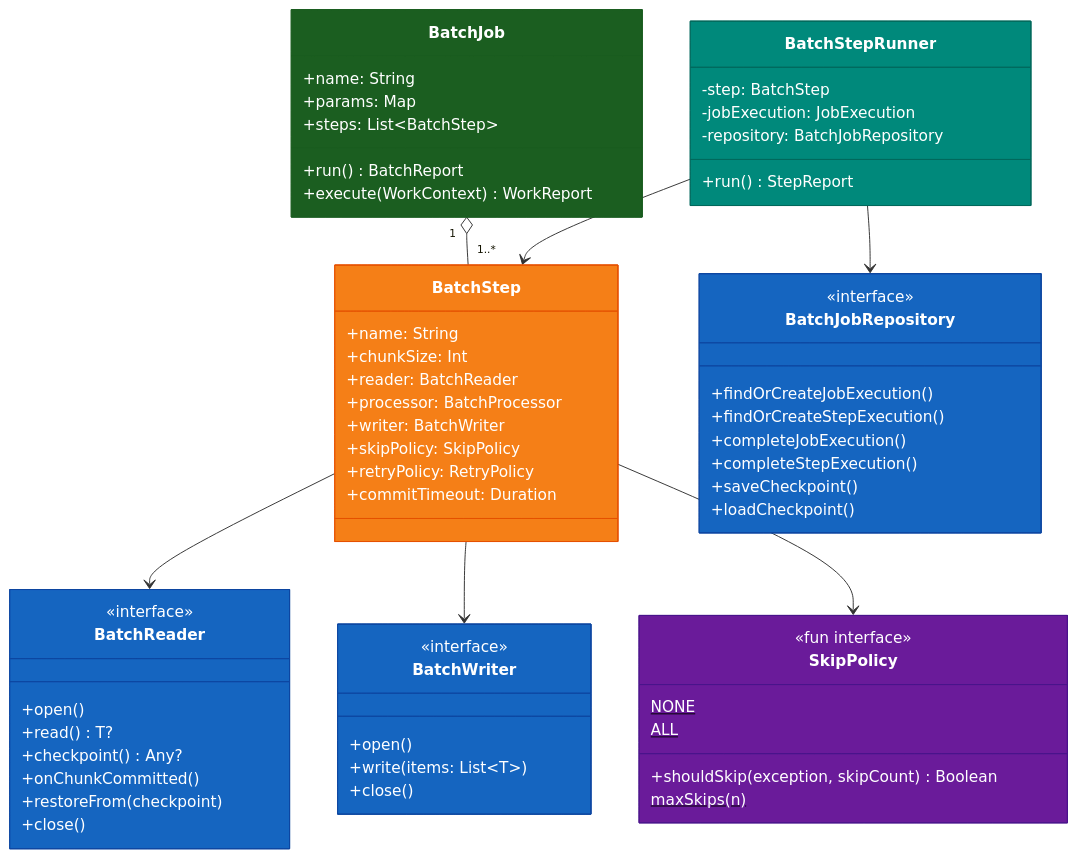
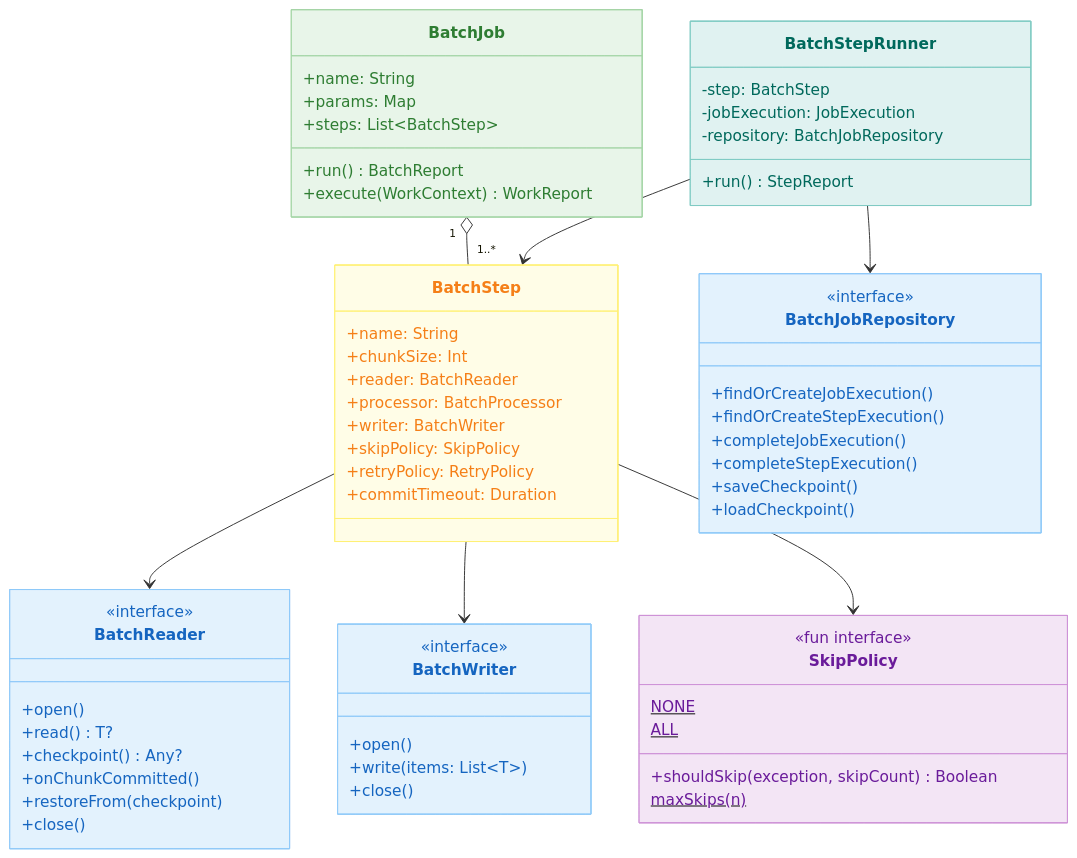
The first of 3 diagrams in utils/batch/README.ko.md (bluetape4k/bluetape4k-projects), drawn with Mermaid before and after one commit. The commit also changed 219 other files, not shown here.

First line of the commit message:
docs: 전체 README Mermaid 다이어그램 가이드 적용

````diff
--- a/utils/batch/README.ko.md
+++ b/utils/batch/README.ko.md
@@ -9,78 +9,78 @@
 ```mermaid
 classDiagram
     class BatchJob {
         +name: String
         +params: Map
         +steps: List~BatchStep~
         +run() BatchReport
         +execute(WorkContext) WorkReport
     }
 
     class BatchStep {
         +name: String
         +chunkSize: Int
         +reader: BatchReader
         +processor: BatchProcessor
         +writer: BatchWriter
         +skipPolicy: SkipPolicy
         +retryPolicy: RetryPolicy
         +commitTimeout: Duration
     }
 
     class BatchStepRunner {
         -step: BatchStep
         -jobExecution: JobExecution
         -repository: BatchJobRepository
         +run() StepReport
     }
 
     class BatchJobRepository {
         <<interface>>
         +findOrCreateJobExecution()
         +findOrCreateStepExecution()
         +completeJobExecution()
         +completeStepExecution()
         +saveCheckpoint()
         +loadCheckpoint()
     }
 
     class BatchReader {
         <<interface>>
         +open()
         +read() T?
         +checkpoint() Any?
         +onChunkCommitted()
         +restoreFrom(checkpoint)
         +close()
     }
 
     class BatchWriter {
         <<interface>>
         +open()
         +write(items: List~T~)
         +close()
     }
 
     class SkipPolicy {
         <<fun interface>>
         +shouldSkip(exception, skipCount) Boolean
         NONE$
         ALL$
         maxSkips(n)$
     }
 
     BatchJob "1" o-- "1..*" BatchStep
     BatchStep --> BatchReader
     BatchStep --> BatchWriter
     BatchStep --> SkipPolicy
     BatchStepRunner --> BatchStep
     BatchStepRunner --> BatchJobRepository
 
-    style BatchJob fill:#1B5E20,stroke:#1B5E20,color:#FFFFFF
-    style BatchStep fill:#F57F17,stroke:#E65100,color:#FFFFFF
-    style BatchStepRunner fill:#00897B,stroke:#00695C,color:#FFFFFF
-    style BatchJobRepository fill:#1565C0,stroke:#0D47A1,color:#FFFFFF
-    style BatchReader fill:#1565C0,stroke:#0D47A1,color:#FFFFFF
-    style BatchWriter fill:#1565C0,stroke:#0D47A1,color:#FFFFFF
-    style SkipPolicy fill:#6A1B9A,stroke:#4A148C,color:#FFFFFF
+    style BatchJob fill:#E8F5E9,stroke:#A5D6A7,color:#2E7D32
+    style BatchStep fill:#FFFDE7,stroke:#FFF176,color:#F57F17
+    style BatchStepRunner fill:#E0F2F1,stroke:#80CBC4,color:#00695C
+    style BatchJobRepository fill:#E3F2FD,stroke:#90CAF9,color:#1565C0
+    style BatchReader fill:#E3F2FD,stroke:#90CAF9,color:#1565C0
+    style BatchWriter fill:#E3F2FD,stroke:#90CAF9,color:#1565C0
+    style SkipPolicy fill:#F3E5F5,stroke:#CE93D8,color:#6A1B9A
 ```
````
